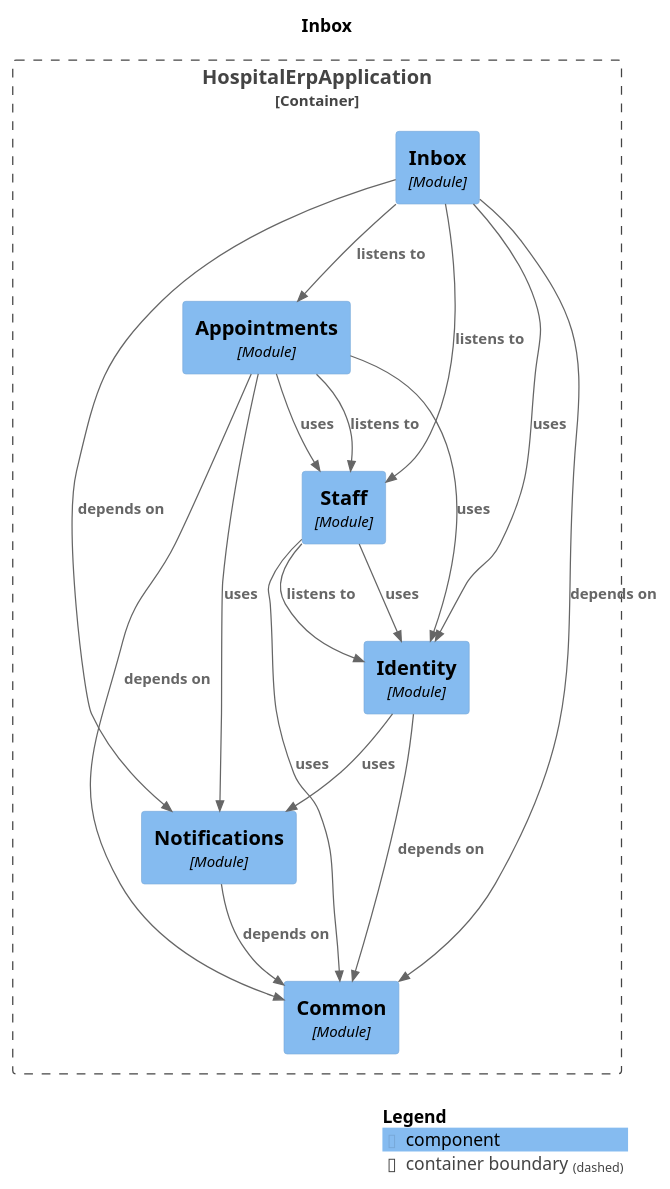
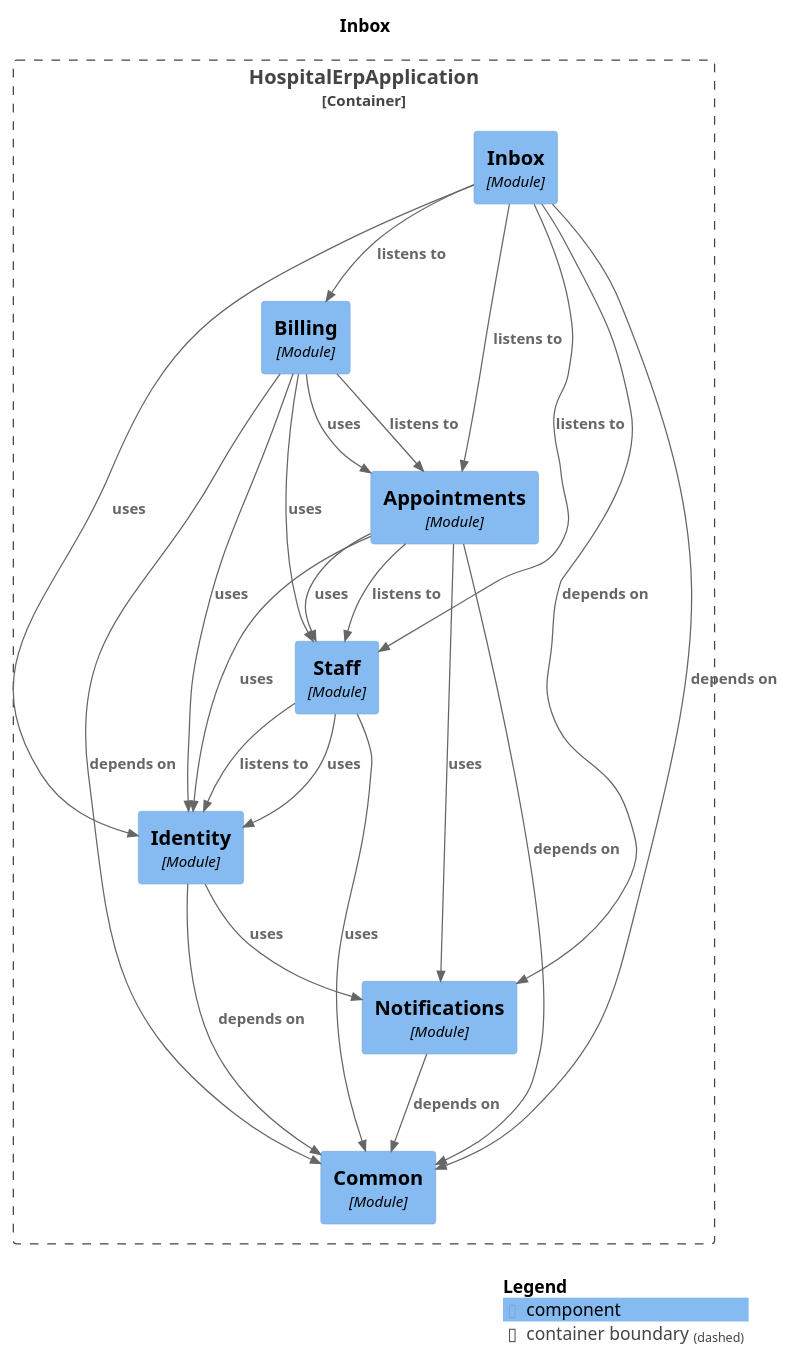
The diagram in docs/modules/module-inbox.puml (harshsharma5720/HospitalERP), drawn with PlantUML before and after one commit. The commit also changed 26 other files, not shown here.

```diff
--- a/docs/modules/module-inbox.puml
+++ b/docs/modules/module-inbox.puml
@@ -1,38 +1,45 @@
 @startuml
 set separator none
 title Inbox
 
 top to bottom direction
 
 !include <C4/C4>
 !include <C4/C4_Context>
 !include <C4/C4_Component>
 
 Container_Boundary("HospitalErpApplication.HospitalErpApplication_boundary", "HospitalErpApplication", $tags="") {
   Component(HospitalErpApplication.HospitalErpApplication.Appointments, "Appointments", $techn="Module", $descr="", $tags="", $link="")
+  Component(HospitalErpApplication.HospitalErpApplication.Billing, "Billing", $techn="Module", $descr="", $tags="", $link="")
   Component(HospitalErpApplication.HospitalErpApplication.Inbox, "Inbox", $techn="Module", $descr="", $tags="", $link="")
   Component(HospitalErpApplication.HospitalErpApplication.Common, "Common", $techn="Module", $descr="", $tags="", $link="")
   Component(HospitalErpApplication.HospitalErpApplication.Notifications, "Notifications", $techn="Module", $descr="", $tags="", $link="")
   Component(HospitalErpApplication.HospitalErpApplication.Identity, "Identity", $techn="Module", $descr="", $tags="", $link="")
   Component(HospitalErpApplication.HospitalErpApplication.Staff, "Staff", $techn="Module", $descr="", $tags="", $link="")
 }
 
+Rel(HospitalErpApplication.HospitalErpApplication.Notifications, HospitalErpApplication.HospitalErpApplication.Common, "depends on", $techn="", $tags="", $link="")
+Rel(HospitalErpApplication.HospitalErpApplication.Staff, HospitalErpApplication.HospitalErpApplication.Identity, "listens to", $techn="", $tags="", $link="")
+Rel(HospitalErpApplication.HospitalErpApplication.Staff, HospitalErpApplication.HospitalErpApplication.Identity, "uses", $techn="", $tags="", $link="")
+Rel(HospitalErpApplication.HospitalErpApplication.Staff, HospitalErpApplication.HospitalErpApplication.Common, "uses", $techn="", $tags="", $link="")
+Rel(HospitalErpApplication.HospitalErpApplication.Billing, HospitalErpApplication.HospitalErpApplication.Appointments, "listens to", $techn="", $tags="", $link="")
+Rel(HospitalErpApplication.HospitalErpApplication.Billing, HospitalErpApplication.HospitalErpApplication.Common, "depends on", $techn="", $tags="", $link="")
+Rel(HospitalErpApplication.HospitalErpApplication.Billing, HospitalErpApplication.HospitalErpApplication.Identity, "uses", $techn="", $tags="", $link="")
+Rel(HospitalErpApplication.HospitalErpApplication.Billing, HospitalErpApplication.HospitalErpApplication.Appointments, "uses", $techn="", $tags="", $link="")
+Rel(HospitalErpApplication.HospitalErpApplication.Billing, HospitalErpApplication.HospitalErpApplication.Staff, "uses", $techn="", $tags="", $link="")
+Rel(HospitalErpApplication.HospitalErpApplication.Inbox, HospitalErpApplication.HospitalErpApplication.Billing, "listens to", $techn="", $tags="", $link="")
+Rel(HospitalErpApplication.HospitalErpApplication.Inbox, HospitalErpApplication.HospitalErpApplication.Staff, "listens to", $techn="", $tags="", $link="")
+Rel(HospitalErpApplication.HospitalErpApplication.Inbox, HospitalErpApplication.HospitalErpApplication.Appointments, "listens to", $techn="", $tags="", $link="")
+Rel(HospitalErpApplication.HospitalErpApplication.Inbox, HospitalErpApplication.HospitalErpApplication.Common, "depends on", $techn="", $tags="", $link="")
+Rel(HospitalErpApplication.HospitalErpApplication.Inbox, HospitalErpApplication.HospitalErpApplication.Notifications, "depends on", $techn="", $tags="", $link="")
+Rel(HospitalErpApplication.HospitalErpApplication.Inbox, HospitalErpApplication.HospitalErpApplication.Identity, "uses", $techn="", $tags="", $link="")
+Rel(HospitalErpApplication.HospitalErpApplication.Identity, HospitalErpApplication.HospitalErpApplication.Common, "depends on", $techn="", $tags="", $link="")
+Rel(HospitalErpApplication.HospitalErpApplication.Identity, HospitalErpApplication.HospitalErpApplication.Notifications, "uses", $techn="", $tags="", $link="")
 Rel(HospitalErpApplication.HospitalErpApplication.Appointments, HospitalErpApplication.HospitalErpApplication.Staff, "listens to", $techn="", $tags="", $link="")
 Rel(HospitalErpApplication.HospitalErpApplication.Appointments, HospitalErpApplication.HospitalErpApplication.Common, "depends on", $techn="", $tags="", $link="")
 Rel(HospitalErpApplication.HospitalErpApplication.Appointments, HospitalErpApplication.HospitalErpApplication.Staff, "uses", $techn="", $tags="", $link="")
 Rel(HospitalErpApplication.HospitalErpApplication.Appointments, HospitalErpApplication.HospitalErpApplication.Identity, "uses", $techn="", $tags="", $link="")
 Rel(HospitalErpApplication.HospitalErpApplication.Appointments, HospitalErpApplication.HospitalErpApplication.Notifications, "uses", $techn="", $tags="", $link="")
-Rel(HospitalErpApplication.HospitalErpApplication.Identity, HospitalErpApplication.HospitalErpApplication.Common, "depends on", $techn="", $tags="", $link="")
-Rel(HospitalErpApplication.HospitalErpApplication.Identity, HospitalErpApplication.HospitalErpApplication.Notifications, "uses", $techn="", $tags="", $link="")
-Rel(HospitalErpApplication.HospitalErpApplication.Notifications, HospitalErpApplication.HospitalErpApplication.Common, "depends on", $techn="", $tags="", $link="")
-Rel(HospitalErpApplication.HospitalErpApplication.Inbox, HospitalErpApplication.HospitalErpApplication.Staff, "listens to", $techn="", $tags="", $link="")
-Rel(HospitalErpApplication.HospitalErpApplication.Inbox, HospitalErpApplication.HospitalErpApplication.Appointments, "listens to", $techn="", $tags="", $link="")
-Rel(HospitalErpApplication.HospitalErpApplication.Inbox, HospitalErpApplication.HospitalErpApplication.Common, "depends on", $techn="", $tags="", $link="")
-Rel(HospitalErpApplication.HospitalErpApplication.Inbox, HospitalErpApplication.HospitalErpApplication.Notifications, "depends on", $techn="", $tags="", $link="")
-Rel(HospitalErpApplication.HospitalErpApplication.Inbox, HospitalErpApplication.HospitalErpApplication.Identity, "uses", $techn="", $tags="", $link="")
-Rel(HospitalErpApplication.HospitalErpApplication.Staff, HospitalErpApplication.HospitalErpApplication.Identity, "listens to", $techn="", $tags="", $link="")
-Rel(HospitalErpApplication.HospitalErpApplication.Staff, HospitalErpApplication.HospitalErpApplication.Identity, "uses", $techn="", $tags="", $link="")
-Rel(HospitalErpApplication.HospitalErpApplication.Staff, HospitalErpApplication.HospitalErpApplication.Common, "uses", $techn="", $tags="", $link="")
 
 SHOW_LEGEND(true)
 @enduml
```
